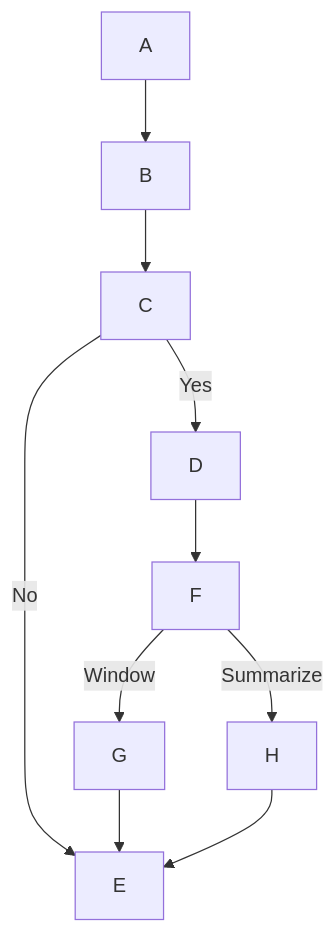
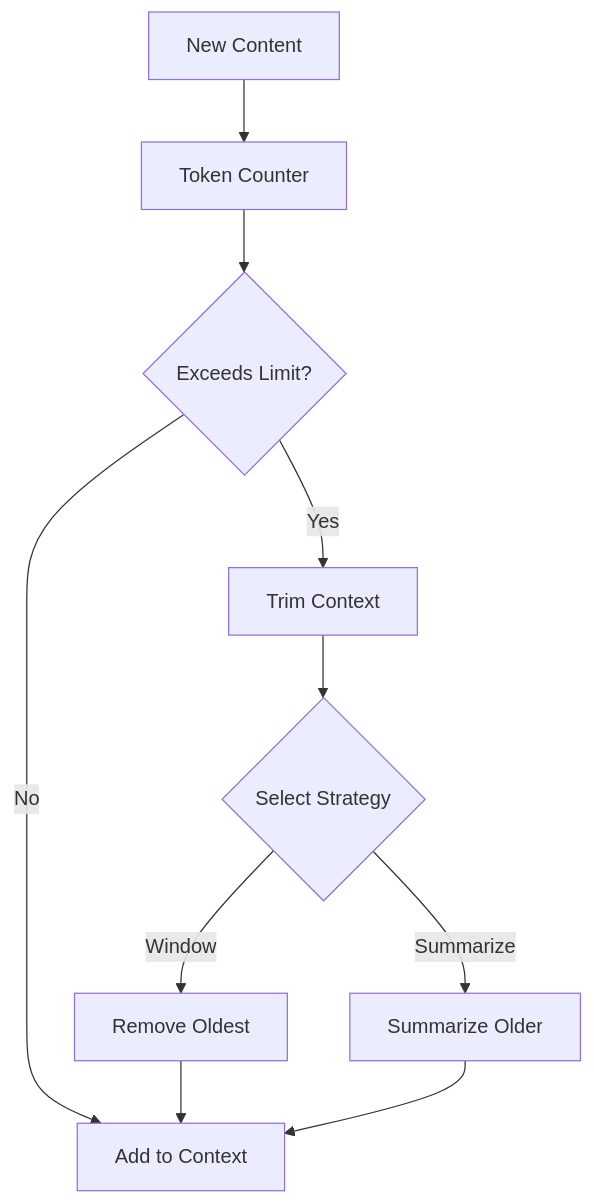
One commit to BlueCentre/cli-code changed the eighth of 8 diagrams in docs/architecture.md. Above: the diagram before and after it, drawn with Mermaid. The commit also changed other lines of this file, not shown here.

Commit message:
docs: Revert to sequence diagram for more detailed context flow

````diff
--- a/docs/architecture.md
+++ b/docs/architecture.md
@@ -303,12 +313,14 @@
 ```mermaid
-graph TD
-    A-->B
-    B-->C
-    C-->|Yes|D
-    C-->|No|E
-    D-->F
-    F-->|Window|G
-    F-->|Summarize|H
-    G-->E
-    H-->E
+flowchart TD
+    A[New Content] --> B[Token Counter]
+    B --> C{Exceeds Limit?}
+    C -->|Yes| D[Trim Context]
+    C -->|No| E[Add to Context]
+    
+    D --> F{Select Strategy}
+    F -->|Window| G[Remove Oldest]
+    F -->|Summarize| H[Summarize Older]
+    
+    G --> E
+    H --> E
 ```
````
